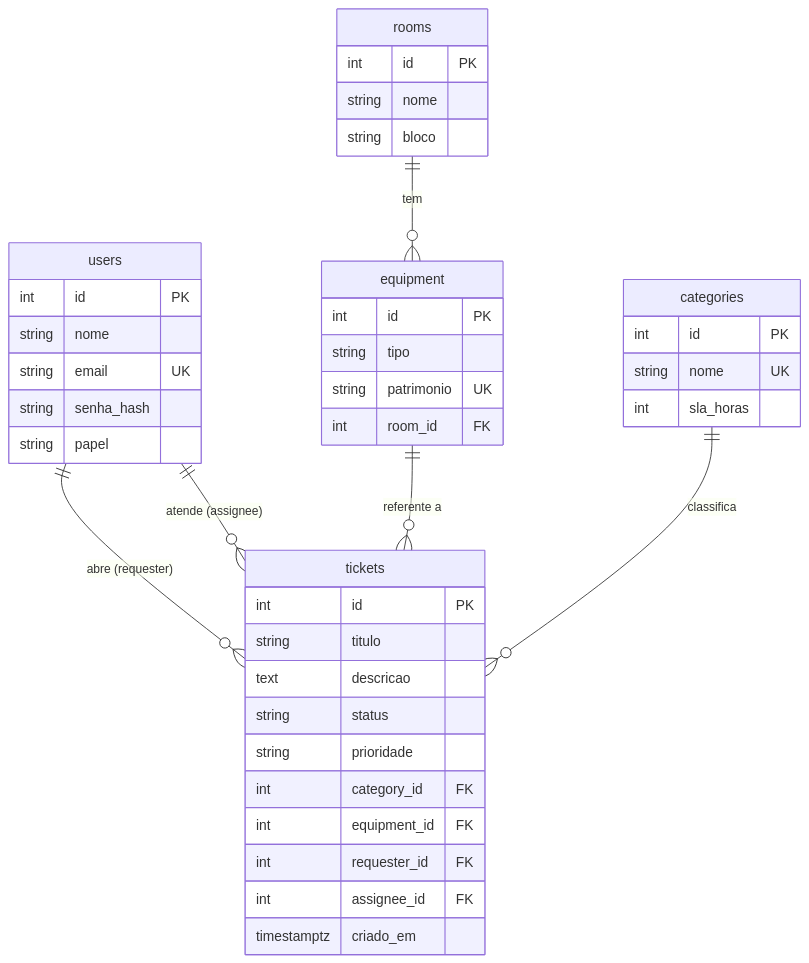
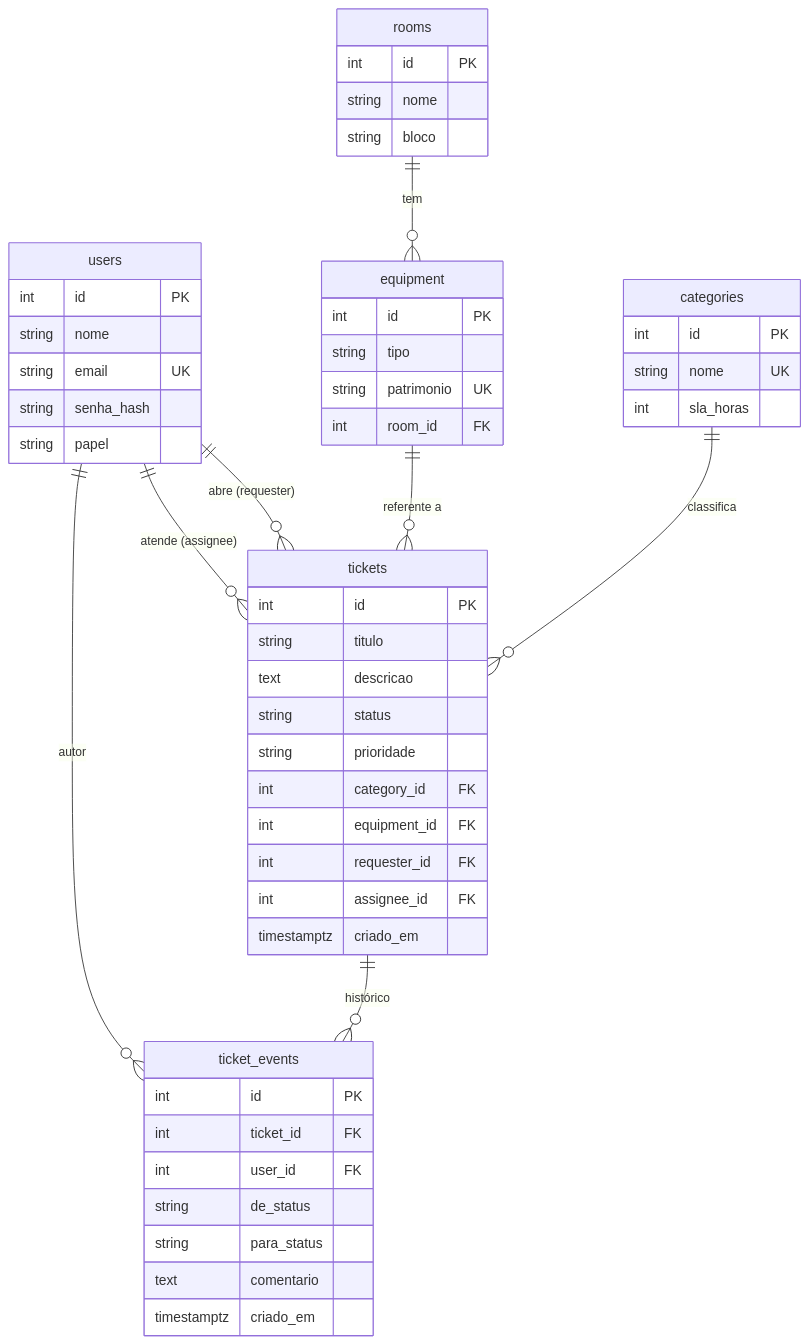
One commit to fermolinaridev/HelpDesk-TI changed the second of 2 diagrams in README.md. Above: the diagram before and after it, drawn with Mermaid. The commit also changed other lines of this file, not shown here.

Commit message:
docs: fluxo de status e relatórios no README

````diff
--- a/README.md
+++ b/README.md
@@ -43,44 +80,55 @@
 ```mermaid
 erDiagram
     users ||--o{ tickets : "abre (requester)"
     users ||--o{ tickets : "atende (assignee)"
     rooms ||--o{ equipment : "tem"
     equipment ||--o{ tickets : "referente a"
     categories ||--o{ tickets : "classifica"
+    tickets ||--o{ ticket_events : "histórico"
+    users ||--o{ ticket_events : "autor"
 
     users {
         int id PK
         string nome
         string email UK
         string senha_hash
         string papel
     }
     rooms {
         int id PK
         string nome
         string bloco
     }
     equipment {
         int id PK
         string tipo
         string patrimonio UK
         int room_id FK
     }
     categories {
         int id PK
         string nome UK
         int sla_horas
     }
     tickets {
         int id PK
         string titulo
         text descricao
         string status
         string prioridade
         int category_id FK
         int equipment_id FK
         int requester_id FK
         int assignee_id FK
         timestamptz criado_em
     }
+    ticket_events {
+        int id PK
+        int ticket_id FK
+        int user_id FK
+        string de_status
+        string para_status
+        text comentario
+        timestamptz criado_em
+    }
 ```
````
